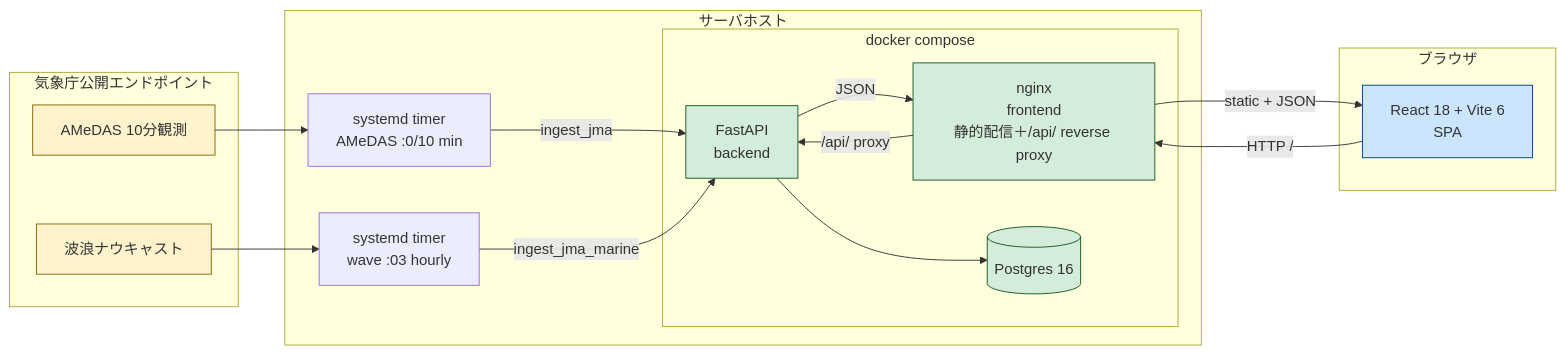
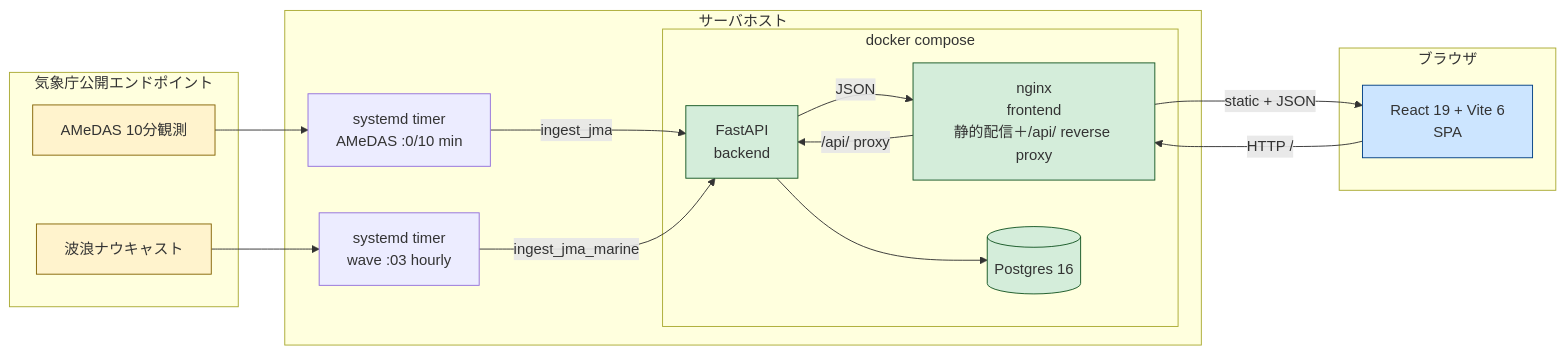
Before and after one commit to Kensan196948G/wmcdss: the diagram in docs/TECHNICAL.md, drawn with Mermaid. The commit also changed other lines of this file and 16 other files, not shown here.

````diff
--- a/docs/TECHNICAL.md
+++ b/docs/TECHNICAL.md
@@ -18,38 +18,38 @@
 ```mermaid
 flowchart LR
   subgraph JMA[気象庁公開エンドポイント]
     A1[AMeDAS 10分観測]
     A2[波浪ナウキャスト]
   end
 
   subgraph Host[サーバホスト]
     T1[systemd timer<br/>AMeDAS :0/10 min]
     T2[systemd timer<br/>wave :03 hourly]
     subgraph DC[docker compose]
       N[nginx<br/>frontend<br/>静的配信＋/api/ reverse proxy]
       B[FastAPI<br/>backend]
       D[(Postgres 16)]
     end
   end
 
   subgraph Client[ブラウザ]
-    F[React 18 + Vite 6<br/>SPA]
+    F[React 19 + Vite 6<br/>SPA]
   end
 
   A1 --> T1
   A2 --> T2
   T1 -->|ingest_jma| B
   T2 -->|ingest_jma_marine| B
   B --> D
   F -->|HTTP /| N
   N -->|/api/ proxy| B
   B -->|JSON| N
   N -->|static + JSON| F
 
   classDef ext fill:#fff3cd,stroke:#856404
   classDef svc fill:#d4edda,stroke:#155724
   classDef cli fill:#cce5ff,stroke:#004085
   class A1,A2 ext
   class N,B,D,T svc
   class F cli
 ```
````
